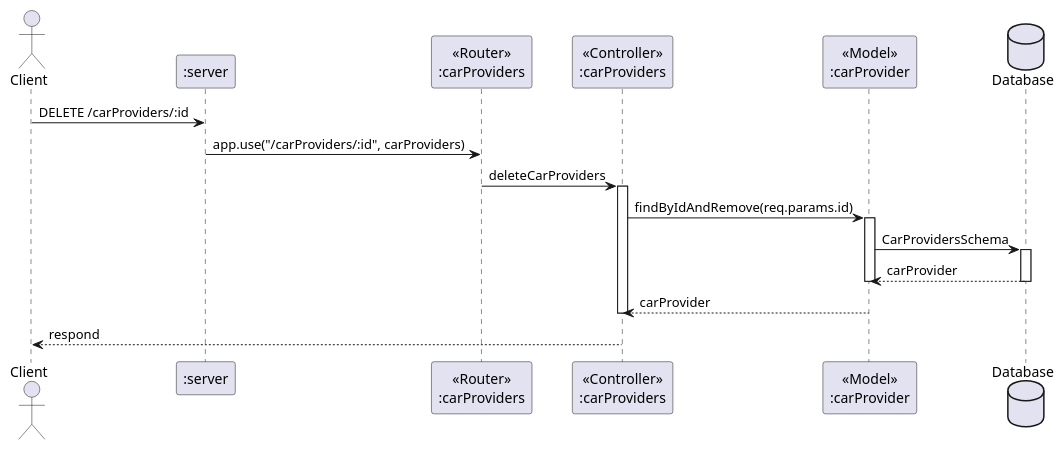
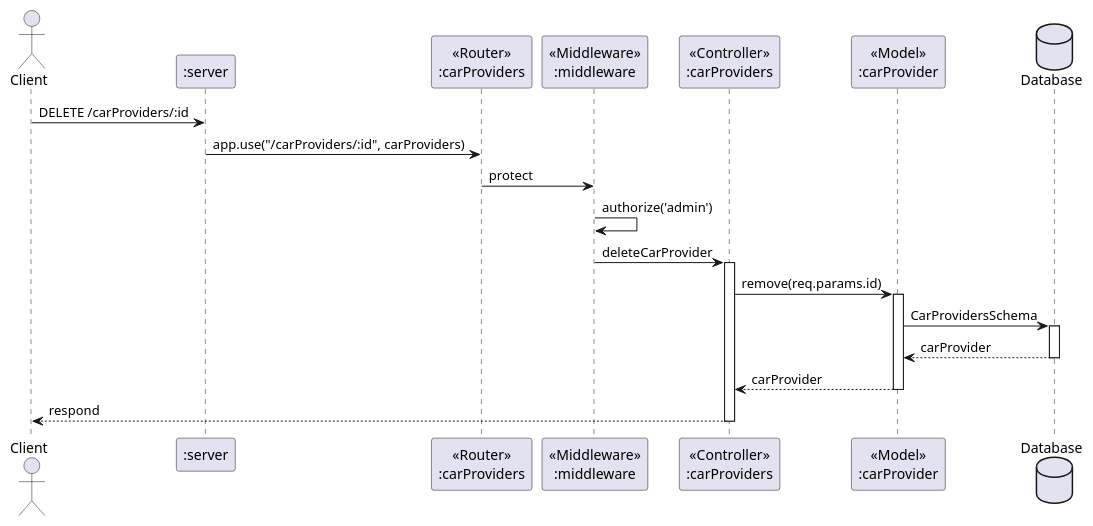
One commit to cchaiyatad/RenC changed the diagram in docs/sequence_diagram/carProviders/delete.pu. Above: the diagram before and after it, drawn with PlantUML. The commit also changed 14 other files, not shown here.

```diff
--- a/docs/sequence_diagram/carProviders/delete.pu
+++ b/docs/sequence_diagram/carProviders/delete.pu
@@ -1,26 +1,29 @@
 @startuml DELETE /carProviders/:id
 actor       Client       as client
 participant ":server" as server 
-participant "<<Router>>\n:carProviders" as carProviders_router 
+participant "<<Router>>\n:carProviders" as carProviders_router
+participant "<<Middleware>>\n:middleware" as middleware 
 participant "<<Controller>>\n:carProviders" as carProviders_con 
 participant "<<Model>>\n:carProvider" as carProviders_model 
 database Database as db
 
 client -> server : DELETE /carProviders/:id
 
 server -> carProviders_router : app.use("/carProviders/:id", carProviders)
-carProviders_router -> carProviders_con : deleteCarProviders
+carProviders_router -> middleware : protect 
+middleware -> middleware : authorize('admin')
+middleware -> carProviders_con : deleteCarProvider
 activate carProviders_con
-    carProviders_con -> carProviders_model : findByIdAndRemove(req.params.id)
+    carProviders_con -> carProviders_model : remove(req.params.id)
     activate carProviders_model
     carProviders_model -> db : CarProvidersSchema
         activate db
         db --> carProviders_model : carProvider
         deactivate db
+    carProviders_model --> carProviders_con : carProvider
     deactivate carProviders_model
-    carProviders_model --> carProviders_con : carProvider
+
+carProviders_con --> client :respond
 deactivate carProviders_con
 
-carProviders_con --> client :respond
-
 @enduml
```
